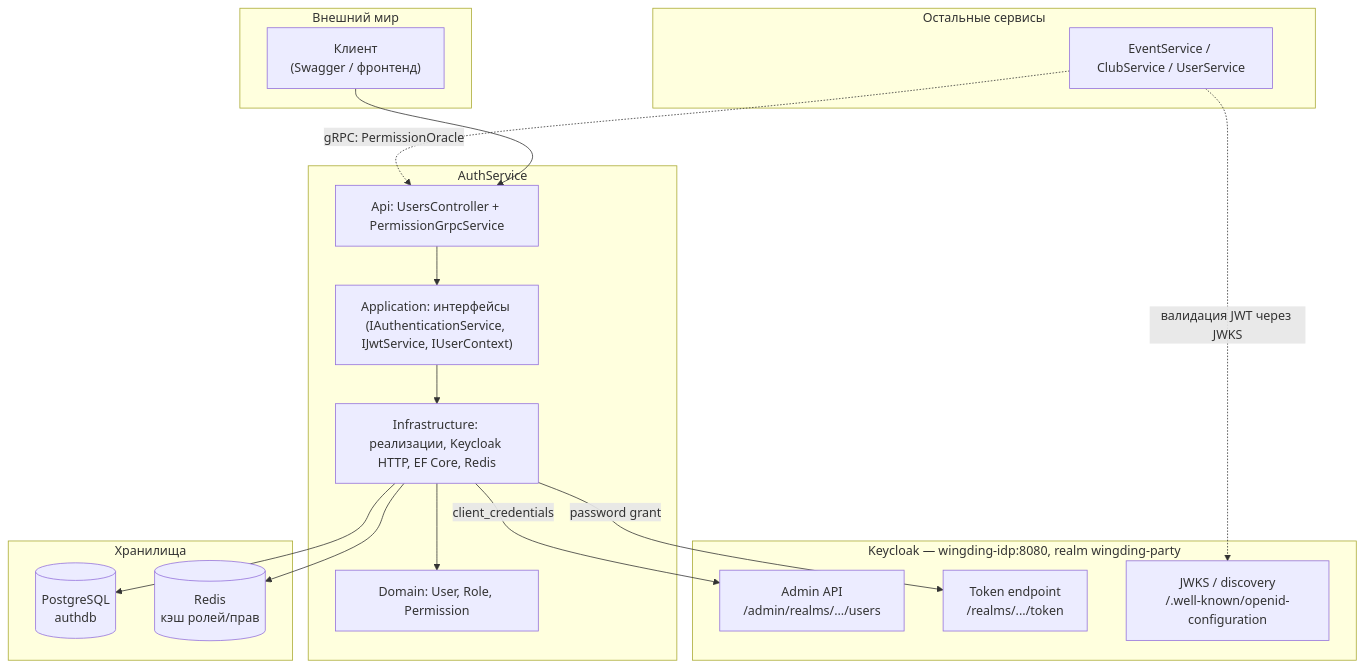
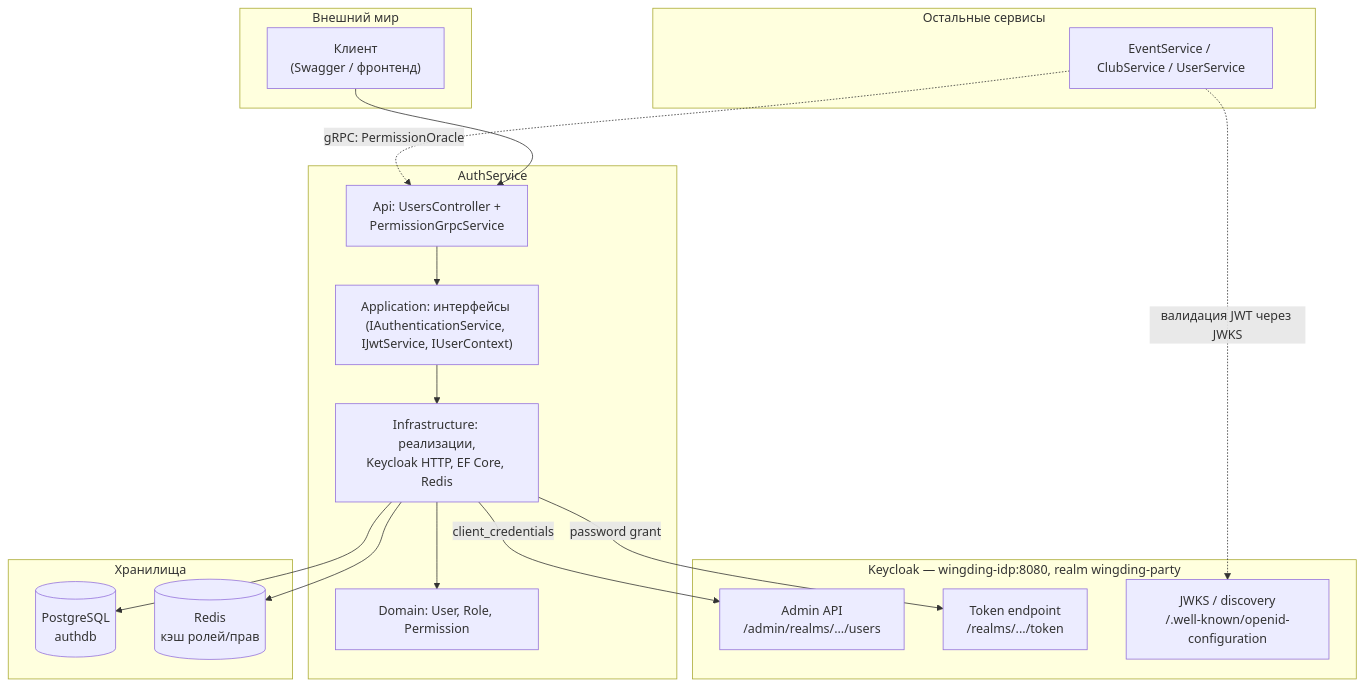
One commit to MarkPatka/WingDing-Party changed the first of 7 diagrams in docs/auth/01-authservice-flows.md. Above: the diagram before and after it, drawn with Mermaid. The commit also changed 1 other file, not shown here.

Commit message:
formatting

````diff
--- a/docs/auth/01-authservice-flows.md
+++ b/docs/auth/01-authservice-flows.md
@@ -14,37 +14,37 @@
 ```mermaid
 flowchart TB
     subgraph External["Внешний мир"]
         FE["Клиент<br/>(Swagger / фронтенд)"]
     end
 
     subgraph KC["Keycloak — wingding-idp:8080, realm wingding-party"]
         KCADMIN["Admin API<br/>/admin/realms/.../users"]
         KCTOKEN["Token endpoint<br/>/realms/.../token"]
         KCJWKS["JWKS / discovery<br/>/.well-known/openid-configuration"]
     end
 
     subgraph AUTH["AuthService"]
-        API["Api: UsersController + PermissionGrpcService"]
-        APP["Application: интерфейсы (IAuthenticationService, IJwtService, IUserContext)"]
-        INFRA["Infrastructure: реализации, Keycloak HTTP, EF Core, Redis"]
+        API["Api: UsersController + <br>PermissionGrpcService"]
+        APP["Application: интерфейсы <br>(IAuthenticationService, IJwtService, IUserContext)"]
+        INFRA["Infrastructure: реализации,<br>Keycloak HTTP, EF Core, Redis"]
         DOM["Domain: User, Role, Permission"]
     end
 
     subgraph Storage["Хранилища"]
         PG[("PostgreSQL<br/>authdb")]
         REDIS[("Redis<br/>кэш ролей/прав")]
     end
 
     subgraph Downstream["Остальные сервисы"]
         OTHER["EventService / ClubService / UserService"]
     end
 
     FE --> API
     API --> APP --> INFRA --> DOM
     INFRA -->|"client_credentials"| KCADMIN
     INFRA -->|"password grant"| KCTOKEN
     INFRA --> PG
     INFRA --> REDIS
     OTHER -.->|"gRPC: PermissionOracle"| API
     OTHER -.->|"валидация JWT через JWKS"| KCJWKS
 ```
````
